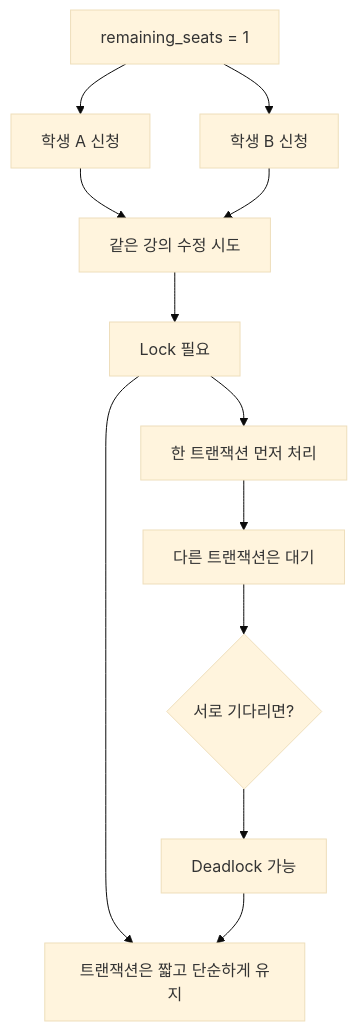
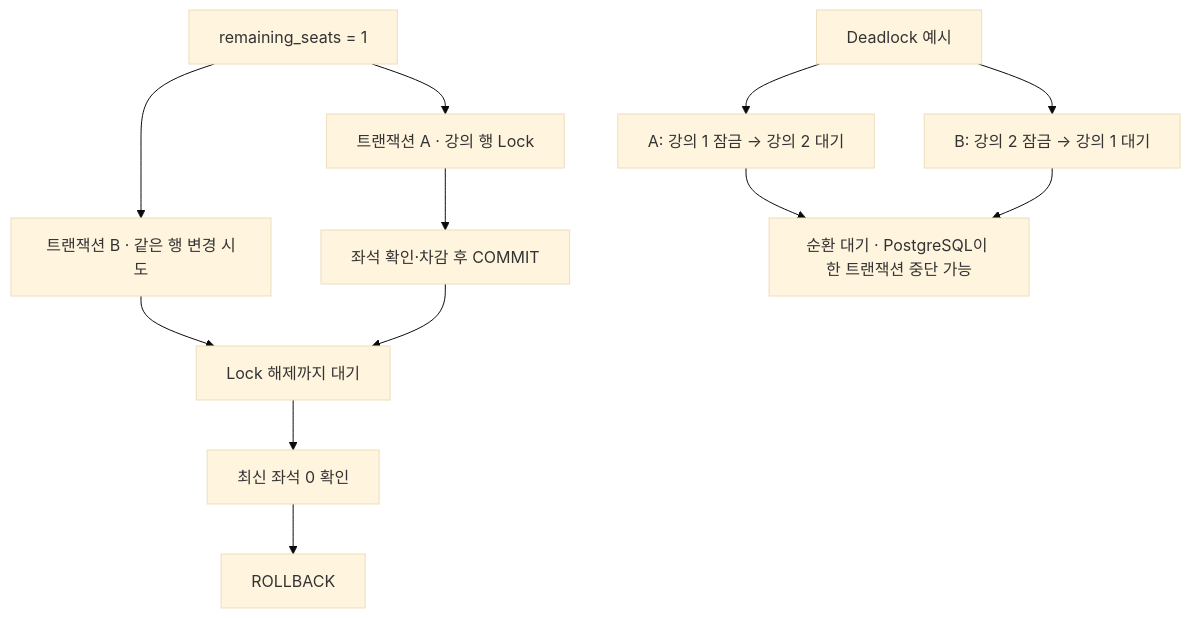
The diagram in images/chapter09/ch09_07_concurrency_lock_deadlock.mmd (GilbertMoon/ai-database-book), drawn with Mermaid (base theme) before and after one commit.

Commit message:
Simplify Chapter 09 concurrency Mermaid

```diff
--- a/images/chapter09/ch09_07_concurrency_lock_deadlock.mmd
+++ b/images/chapter09/ch09_07_concurrency_lock_deadlock.mmd
@@ -1,18 +1,14 @@
 flowchart TB
     A[remaining_seats = 1]
-
-    A --> B[학생 A 신청]
-    A --> C[학생 B 신청]
-
-    B --> D[같은 강의 수정 시도]
-    C --> D
-
-    D --> E[Lock 필요]
-    E --> F[한 트랜잭션 먼저 처리]
-    F --> G[다른 트랜잭션은 대기]
-
-    G --> H{서로 기다리면?}
-    H --> I[Deadlock 가능]
-
-    E --> J[트랜잭션은 짧고 단순하게 유지]
-    I --> J
+    A --> B[트랜잭션 A · 강의 행 Lock]
+    A --> C[트랜잭션 B · 같은 행 변경 시도]
+    B --> D[좌석 확인·차감 후 COMMIT]
+    C --> E[Lock 해제까지 대기]
+    D --> E
+    E --> F[최신 좌석 0 확인]
+    F --> G[ROLLBACK]
+    H[Deadlock 예시]
+    H --> I[A: 강의 1 잠금 → 강의 2 대기]
+    H --> J[B: 강의 2 잠금 → 강의 1 대기]
+    I --> K[순환 대기 · PostgreSQL이 한 트랜잭션 중단 가능]
+    J --> K
```
